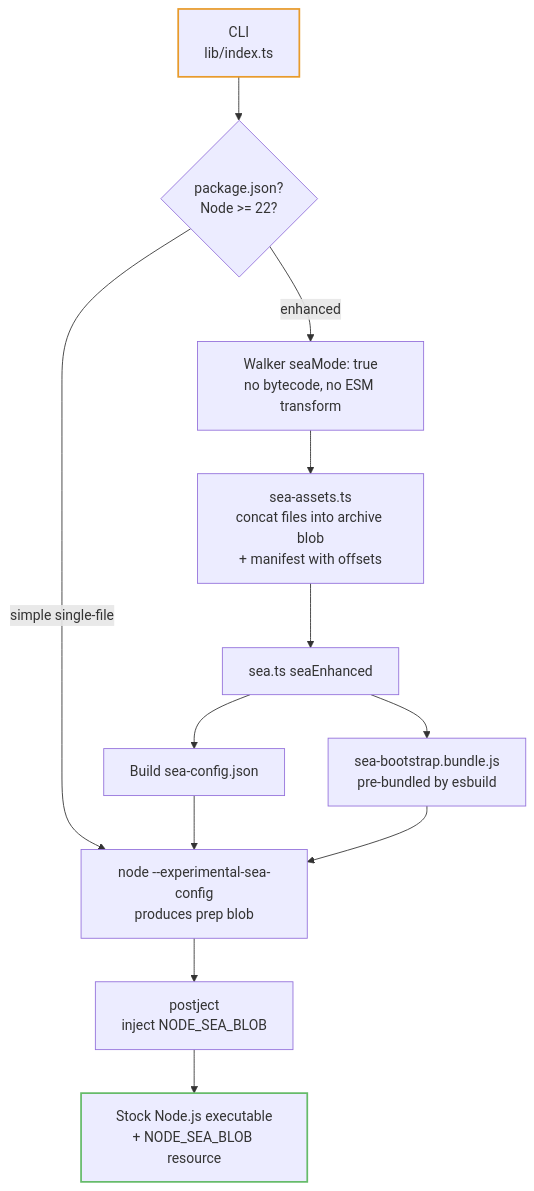
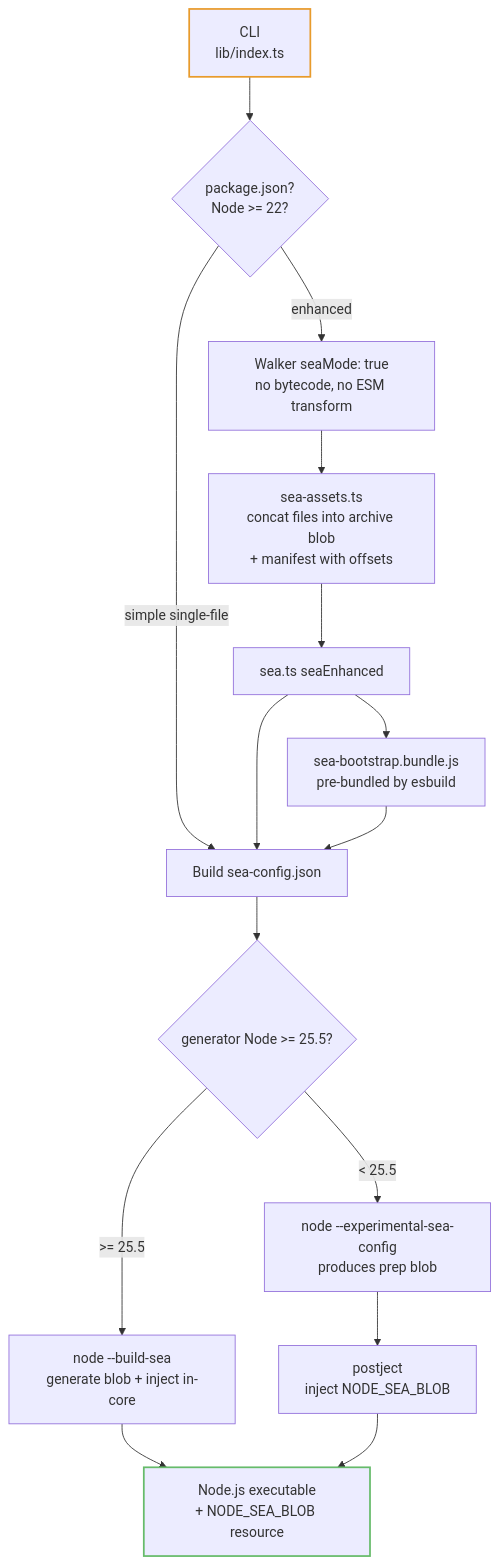
Before and after one commit to yao-pkg/pkg: the third of 4 diagrams in docs/ARCHITECTURE.md, drawn with Mermaid. The commit also changed other lines of this file and 2 other files, not shown here.

````diff
--- a/docs/ARCHITECTURE.md
+++ b/docs/ARCHITECTURE.md
@@ -198,24 +200,27 @@
 ```mermaid
 flowchart TD
     CLI[CLI<br/>lib/index.ts]
     DETECT{package.json?<br/>Node >= 22?}
     WALK[Walker seaMode: true<br/>no bytecode, no ESM transform]
     ASSETS[sea-assets.ts<br/>concat files into archive blob<br/>+ manifest with offsets]
     SEA[sea.ts seaEnhanced]
     CONFIG[Build sea-config.json]
     BOOT[sea-bootstrap.bundle.js<br/>pre-bundled by esbuild]
+    INJ{generator Node >= 25.5?}
+    BUILDSEA[node --build-sea<br/>generate blob + inject in-core]
     BLOB[node --experimental-sea-config<br/>produces prep blob]
-    INJ[postject<br/>inject NODE_SEA_BLOB]
-    OUT[Stock Node.js executable<br/>+ NODE_SEA_BLOB resource]
+    POST[postject<br/>inject NODE_SEA_BLOB]
+    OUT[Node.js executable<br/>+ NODE_SEA_BLOB resource]
 
     CLI --> DETECT
     DETECT -- enhanced --> WALK
-    DETECT -- simple single-file --> BLOB
+    DETECT -- simple single-file --> CONFIG
     WALK --> ASSETS --> SEA
-    SEA --> CONFIG --> BLOB
-    SEA --> BOOT --> BLOB
-    BLOB --> INJ --> OUT
+    SEA --> CONFIG --> INJ
+    SEA --> BOOT --> CONFIG
+    INJ -- ">= 25.5" --> BUILDSEA --> OUT
+    INJ -- "< 25.5" --> BLOB --> POST --> OUT
 
     style CLI stroke:#e89b2c,stroke-width:2px
     style OUT stroke:#66bb6a,stroke-width:2px
 ```
````
